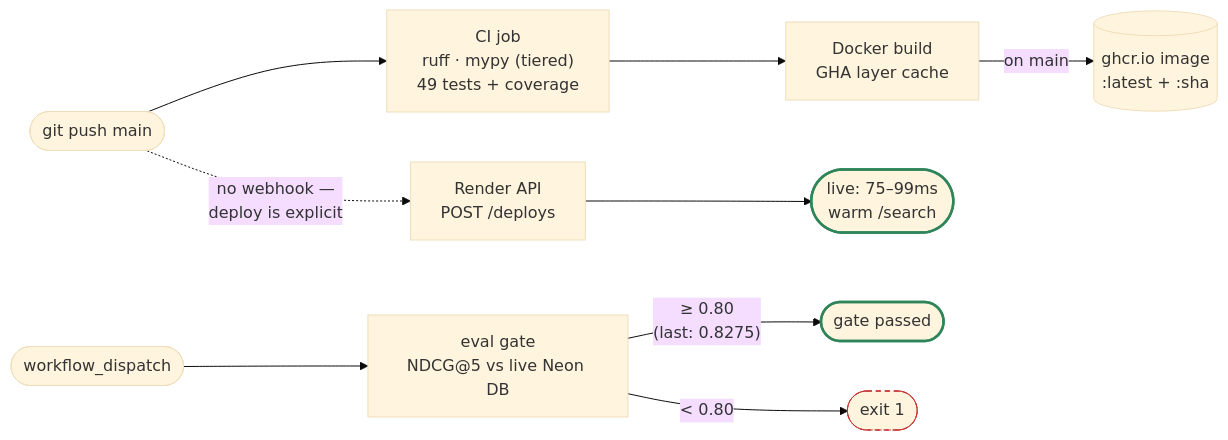
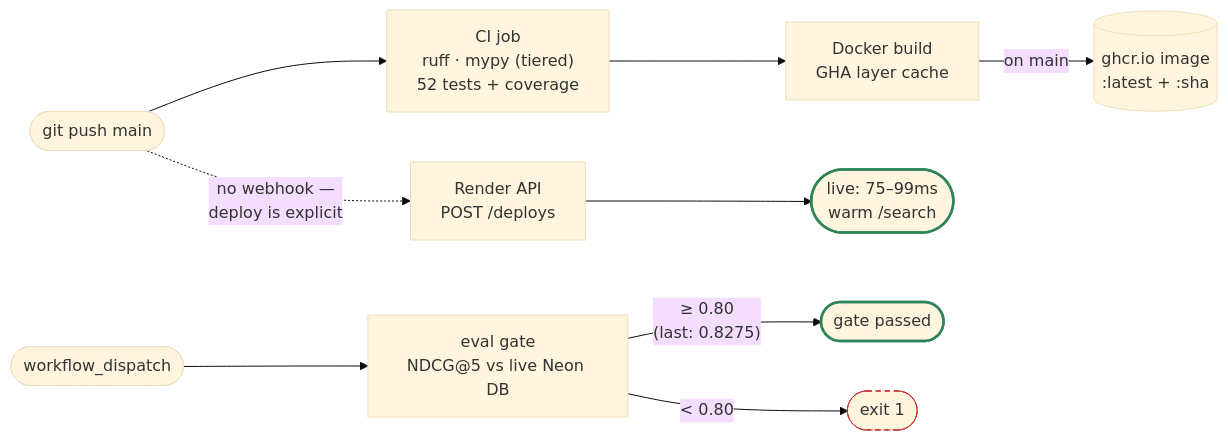
One commit to chibanaryan/pubmed-ml-platform changed the fifth of 6 diagrams in docs/pubmed-platform-diagrams.md. Above: the diagram before and after it, drawn with Mermaid (base theme). The commit also changed other lines of this file and 5 other files, not shown here.

````diff
--- a/docs/pubmed-platform-diagrams.md
+++ b/docs/pubmed-platform-diagrams.md
@@ -123,18 +123,18 @@
 ```mermaid
 flowchart LR
-    PUSH([git push main]) --> CI["CI job<br/>ruff · mypy (tiered)<br/>49 tests + coverage"]
+    PUSH([git push main]) --> CI["CI job<br/>ruff · mypy (tiered)<br/>52 tests + coverage"]
     CI --> DK["Docker build<br/>GHA layer cache"]
     DK -->|on main| GHCR[(ghcr.io image<br/>:latest + :sha)]
 
     DISPATCH([workflow_dispatch]) --> EG["eval gate<br/>NDCG@5 vs live Neon DB"]
     EG -->|"≥ 0.80<br/>(last: 0.8275)"| PASS([gate passed])
     EG -->|"< 0.80"| FAIL([exit 1])
 
     PUSH -.->|"no webhook —<br/>deploy is explicit"| RAPI["Render API<br/>POST /deploys"]
     RAPI --> LIVE([live: 75–99ms<br/>warm /search])
 
     classDef ok stroke:#2f855a,stroke-width:2.5px
     class PASS,LIVE ok
     classDef bad stroke:#c53030,stroke-dasharray:5 4
     class FAIL bad
 ```
````
